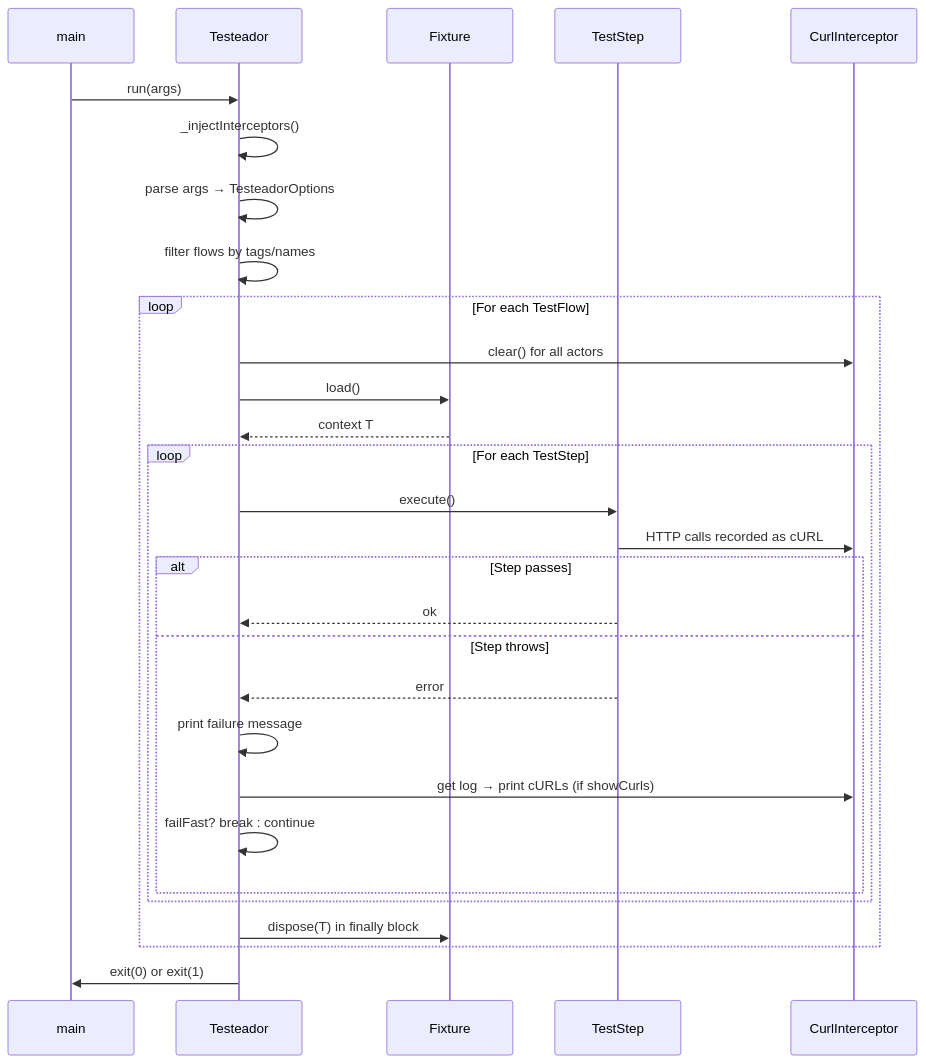
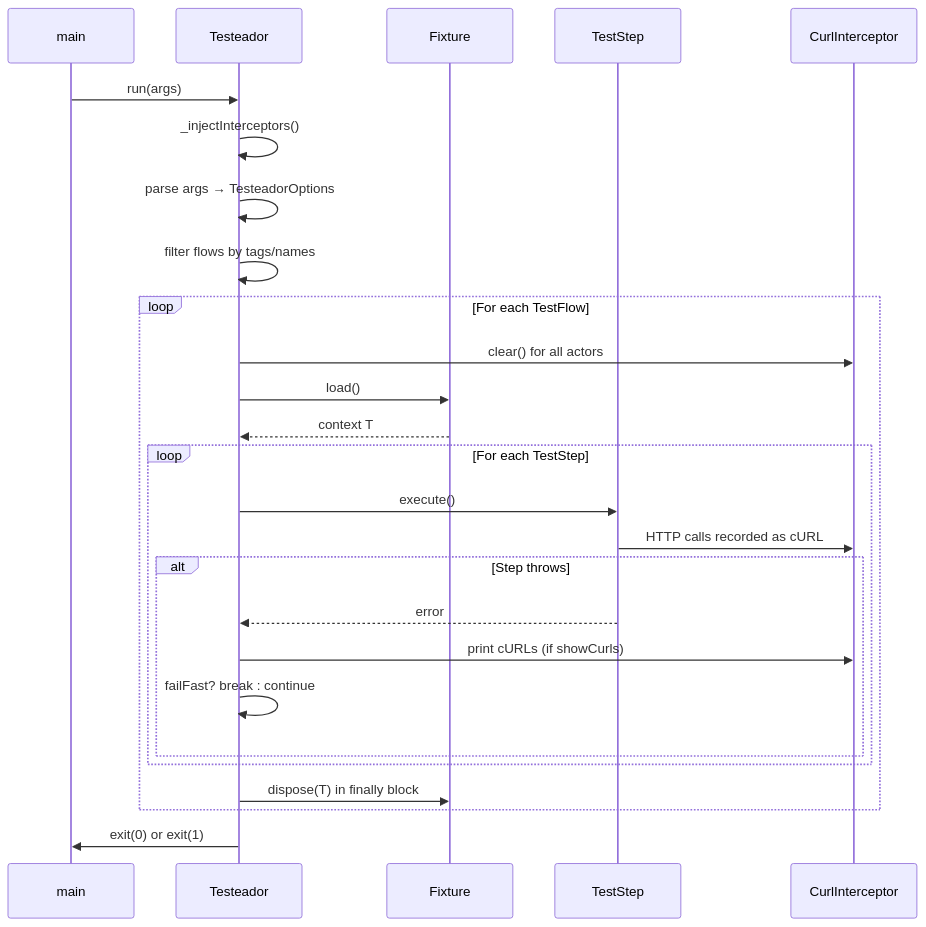
One commit to Rodsevich/testeador changed the second of 3 diagrams in docs/architecture.md. Above: the diagram before and after it, drawn with Mermaid. The commit also changed other lines of this file and 14 other files, not shown here.

````diff
--- a/docs/architecture.md
+++ b/docs/architecture.md
@@ -371,32 +189,29 @@
 ```mermaid
 sequenceDiagram
     participant CLI as main
     participant T as Testeador
     participant F as Fixture
     participant S as TestStep
     participant I as CurlInterceptor
 
     CLI->>T: run(args)
     T->>T: _injectInterceptors()
     T->>T: parse args → TesteadorOptions
     T->>T: filter flows by tags/names
     loop For each TestFlow
         T->>I: clear() for all actors
         T->>F: load()
         F-->>T: context T
         loop For each TestStep
             T->>S: execute()
             S->>I: HTTP calls recorded as cURL
-            alt Step passes
-                S-->>T: ok
-            else Step throws
+            alt Step throws
                 S-->>T: error
-                T->>T: print failure message
-                T->>I: get log → print cURLs (if showCurls)
+                T->>I: print cURLs (if showCurls)
                 T->>T: failFast? break : continue
             end
         end
         T->>F: dispose(T) in finally block
     end
     T->>CLI: exit(0) or exit(1)
 ```
````
